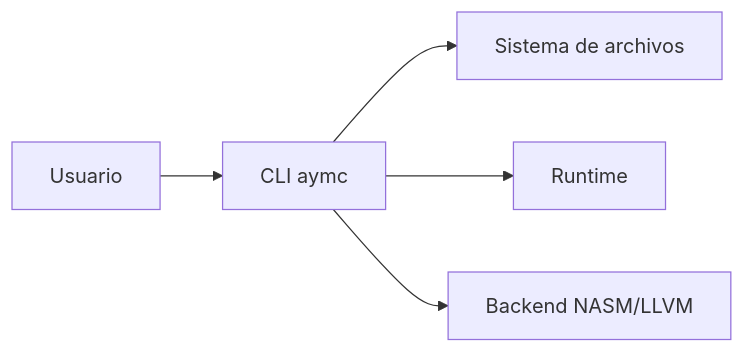
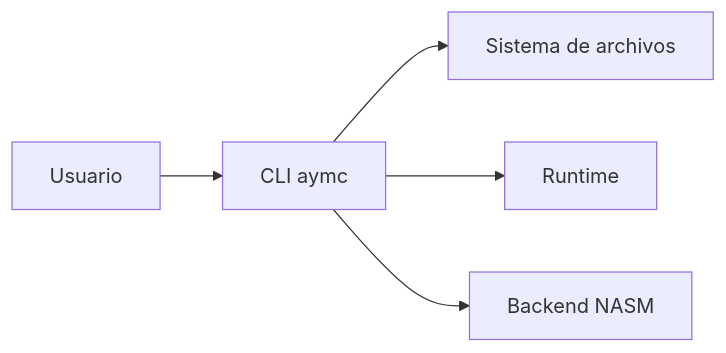
One commit to jhulio435m/aymaraLang changed the diagram in docs/systems_engineering/interface_control_document.md. Above: the diagram before and after it, drawn with Mermaid. The commit also changed other lines of this file and 221 other files, not shown here.

````diff
--- a/docs/systems_engineering/interface_control_document.md
+++ b/docs/systems_engineering/interface_control_document.md
@@ -11,7 +11,7 @@
 ```mermaid
 flowchart LR
     User[Usuario] --> CLI[CLI aymc]
     CLI --> FS[Sistema de archivos]
     CLI --> Runtime[Runtime]
-    CLI --> Backend[Backend NASM/LLVM]
+    CLI --> Backend[Backend NASM]
 ```
````
